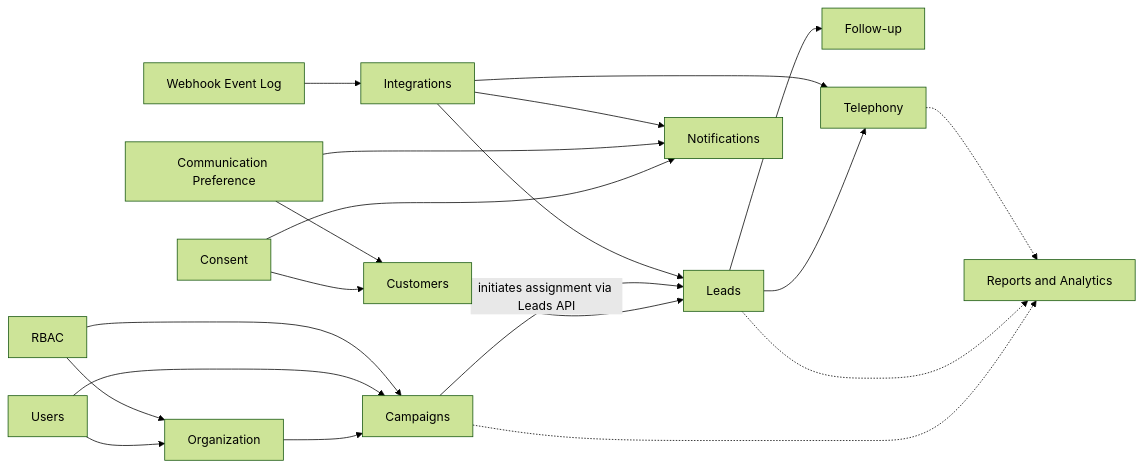
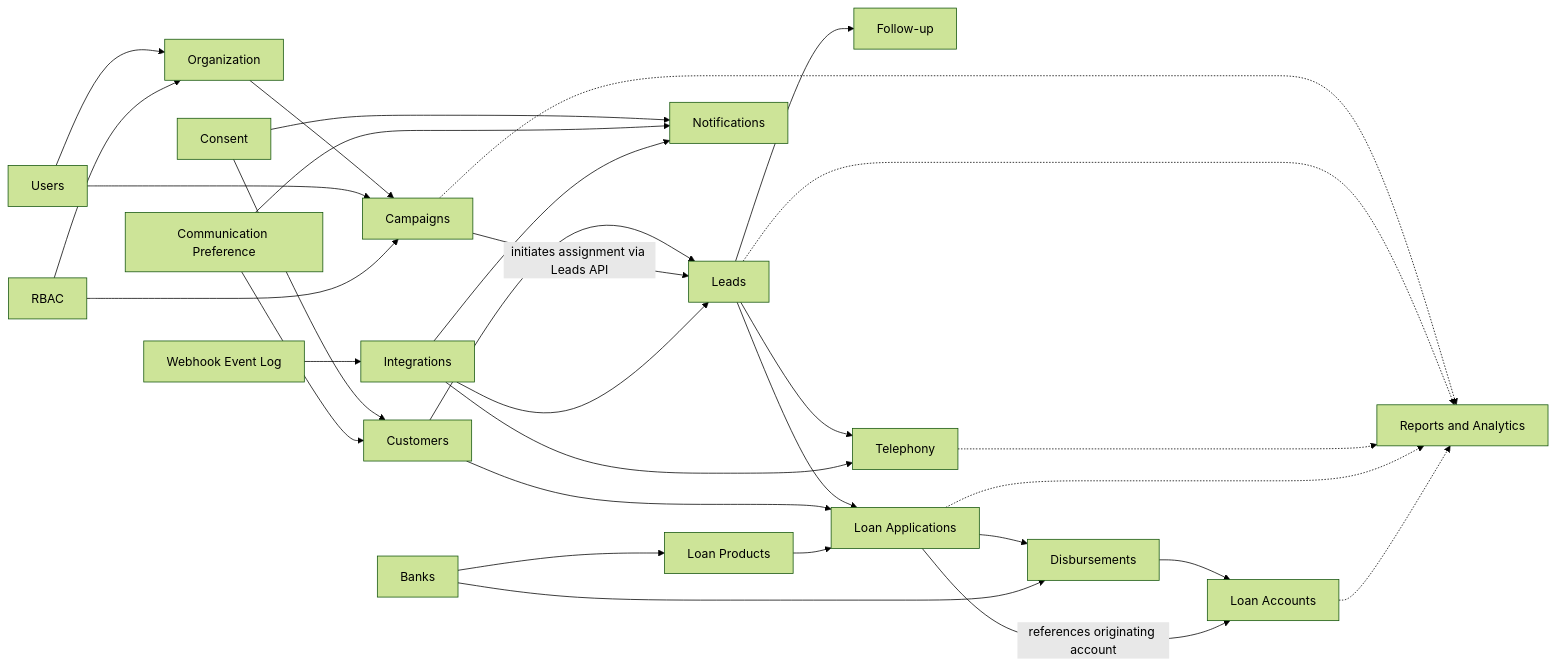
The diagram in docs/domain/domain-model.md (Mudraxcapital/mudrax-crm), drawn with Mermaid (forest theme) before and after one commit. The commit also changed other lines of this file and 7 other files, not shown here.

Commit message:
feat: complete loan management domain architecture

````diff
--- a/docs/domain/domain-model.md
+++ b/docs/domain/domain-model.md
@@ -229,23 +407,33 @@
 ```mermaid
 flowchart LR
   Users[Users] --> Organization[Organization]
   Rbac[RBAC] --> Organization
   Organization --> Campaigns[Campaigns]
   Users --> Campaigns
   Rbac --> Campaigns
   Customers[Customers] --> Leads[Leads]
   Campaigns -- initiates assignment via Leads API --> Leads
   Leads --> FollowUp[Follow-up]
   Leads --> Telephony[Telephony]
   Campaigns -.-> Reports[Reports and Analytics]
   Leads -.-> Reports
   Telephony -.-> Reports
   Consent[Consent] --> Customers
   CommPreference[Communication Preference] --> Customers
   Consent --> Notifications[Notifications]
   CommPreference --> Notifications
   WebhookLog[Webhook Event Log] --> Integrations[Integrations]
   Integrations --> Leads
   Integrations --> Notifications
   Integrations --> Telephony
+  Leads --> LoanApplications[Loan Applications]
+  Customers --> LoanApplications
+  Banks[Banks] --> LoanProducts[Loan Products]
+  LoanProducts --> LoanApplications
+  LoanApplications --> Disbursements[Disbursements]
+  Banks --> Disbursements
+  Disbursements --> LoanAccounts[Loan Accounts]
+  LoanApplications -- references originating account --> LoanAccounts
+  LoanApplications -.-> Reports
+  LoanAccounts -.-> Reports
 ```
````
